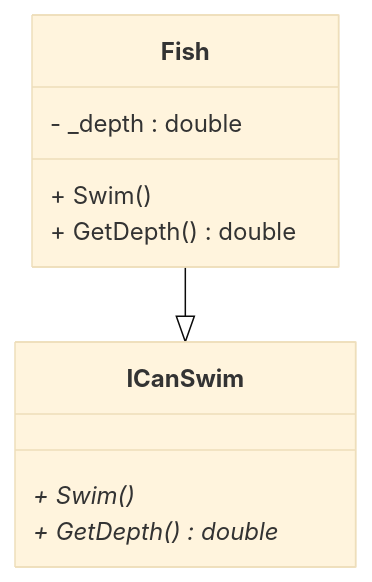
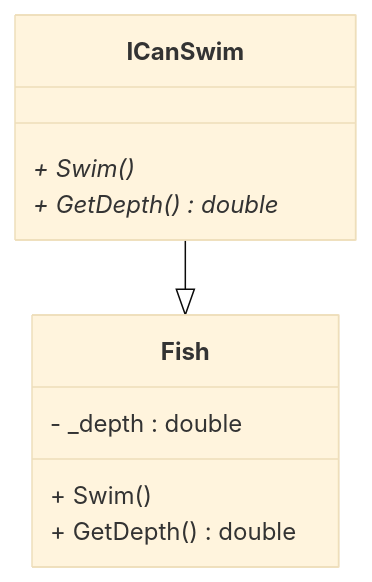
Before and after one commit to skqu/pbi25AppII: the diagram in Lektion 10/slidev/pages/4.4.2 relation.md, drawn with Mermaid (base theme). The commit also changed 72 other files, not shown here.

````diff
--- a/Lektion 10/slidev/pages/4.4.2 relation.md
+++ b/Lektion 10/slidev/pages/4.4.2 relation.md
@@ -38,16 +38,16 @@
 ```mermaid{scale: 0.8}
 classDiagram
-    Fish --|> ICanSwim
+    ICanSwim --|> Fish
 
     class ICanSwim{
         + Swim()*
         + GetDepth()*  double
     }
 
     class Fish{
         - _depth : double
         + Swim()
         + GetDepth()  double
     }
 
 ```
````
